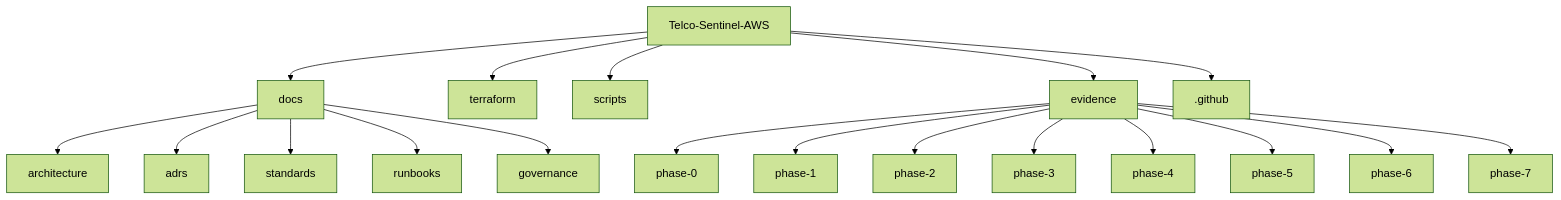
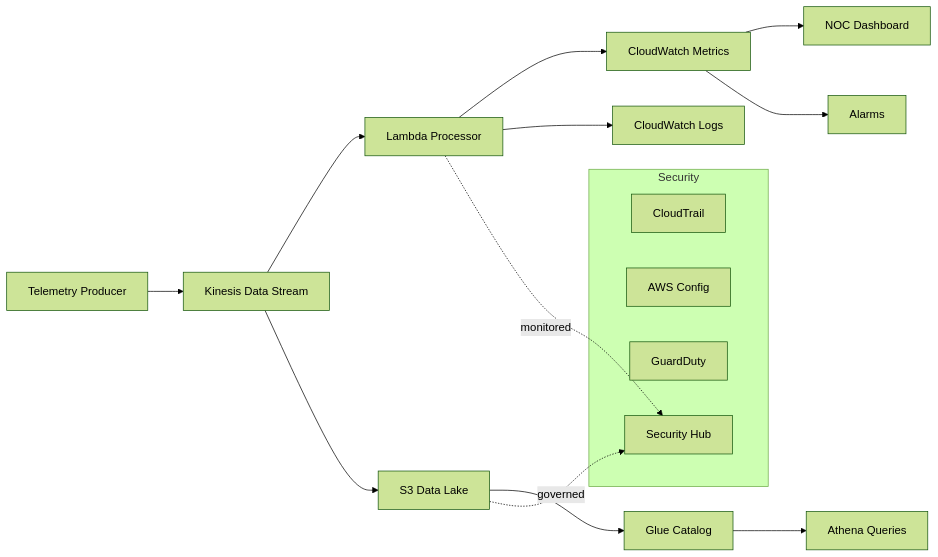
Before and after one commit to ferkuellar/Telco-Sentinel-AWS: the diagram in README.md, drawn with Mermaid (forest theme). The commit also changed other lines of this file, not shown here.

Commit message:
phase-7 readme

````diff
--- a/README.md
+++ b/README.md
@@ -25,23 +98,25 @@
 ```mermaid
-flowchart TD
-    A[Telco-Sentinel-AWS] --> B[docs]
-    A --> C[terraform]
-    A --> D[scripts]
-    A --> E[evidence]
-    A --> F[.github]
+flowchart LR
+    PROD[Telemetry Producer] --> STREAM[Kinesis Data Stream]
+    STREAM --> PROC[Lambda Processor]
 
-    B --> B1[architecture]
-    B --> B2[adrs]
-    B --> B3[standards]
-    B --> B4[runbooks]
-    B --> B5[governance]
+    PROC --> METRICS[CloudWatch Metrics]
+    PROC --> LOGS[CloudWatch Logs]
 
-    E --> E1[phase-0]
-    E --> E2[phase-1]
-    E --> E3[phase-2]
-    E --> E4[phase-3]
-    E --> E5[phase-4]
-    E --> E6[phase-5]
-    E --> E7[phase-6]
-    E --> E8[phase-7]
+    METRICS --> DASH[NOC Dashboard]
+    METRICS --> ALERTS[Alarms]
+
+    STREAM --> DATA[S3 Data Lake]
+    DATA --> GLUE[Glue Catalog]
+    GLUE --> ATHENA[Athena Queries]
+
+    subgraph Security
+        CT[CloudTrail]
+        CFG[AWS Config]
+        GD[GuardDuty]
+        SH[Security Hub]
+    end
+
+    PROC -. monitored .-> SH
+    DATA -. governed .-> SH
 ```
````
